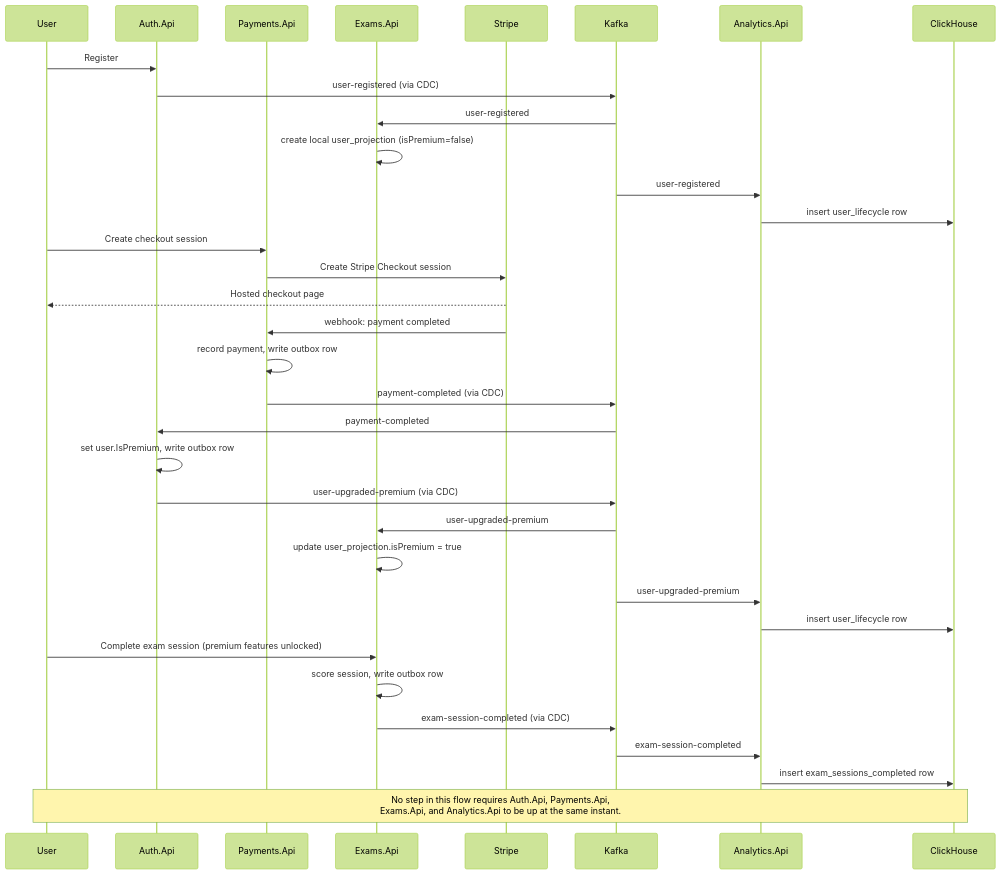
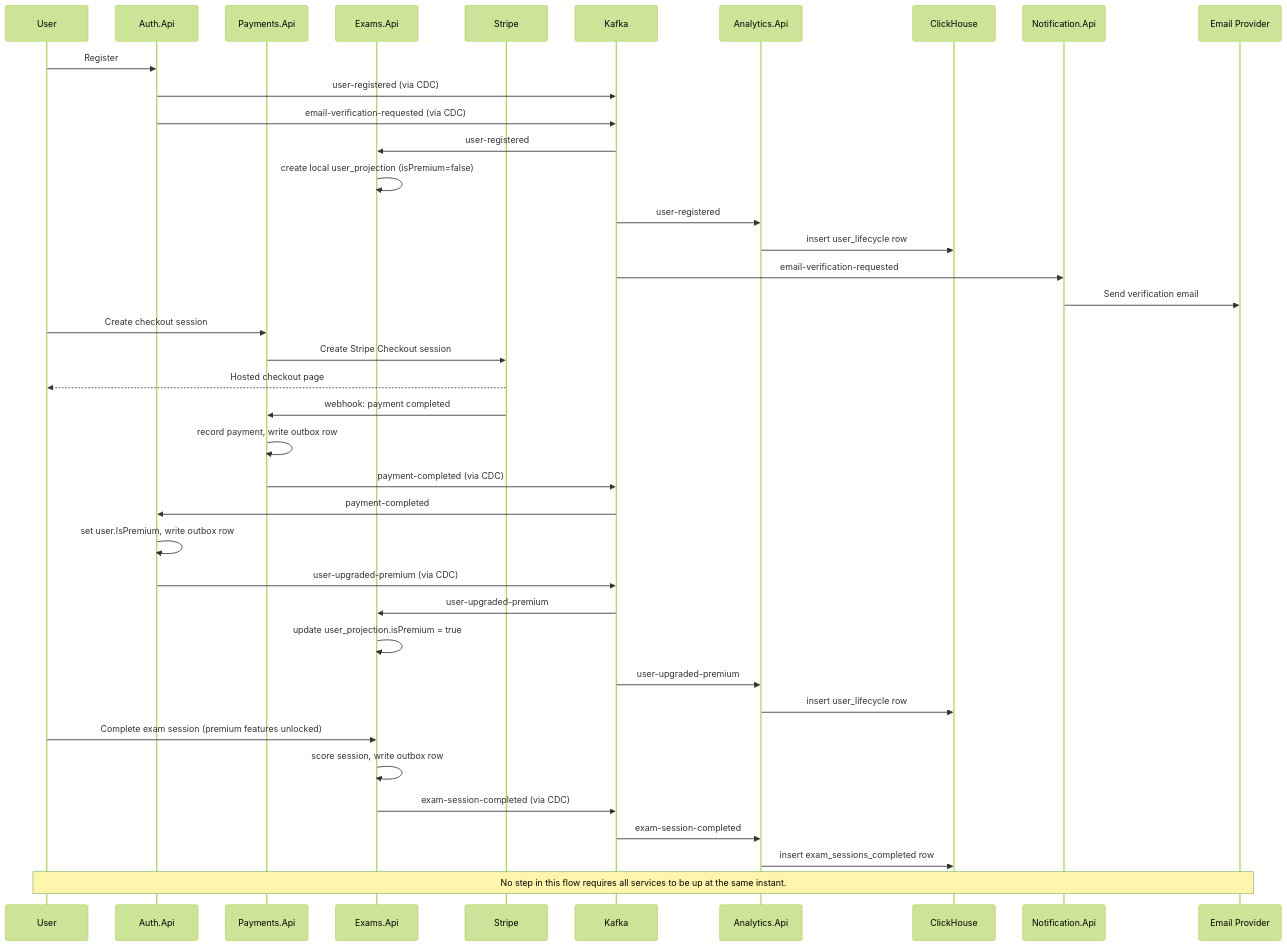
Before and after one commit to devMotcho/ExamPrep2: the seventh of 7 diagrams in docs/architecture/backend_architecture_planning.md, drawn with Mermaid (forest theme). The commit also changed other lines of this file and 1 other file, not shown here.

````diff
--- a/docs/architecture/backend_architecture_planning.md
+++ b/docs/architecture/backend_architecture_planning.md
@@ -280,40 +479,45 @@
 ```mermaid
 sequenceDiagram
     participant U as User
     participant Auth as Auth.Api
     participant Pay as Payments.Api
     participant Exams as Exams.Api
     participant Stripe
     participant K as Kafka
     participant An as Analytics.Api
     participant CH as ClickHouse
+    participant N as Notification.Api
+    participant Email as Email Provider
 
     U->>Auth: Register
     Auth->>K: user-registered (via CDC)
+    Auth->>K: email-verification-requested (via CDC)
     K->>Exams: user-registered
     Exams->>Exams: create local user_projection (isPremium=false)
     K->>An: user-registered
     An->>CH: insert user_lifecycle row
+    K->>N: email-verification-requested
+    N->>Email: Send verification email
 
     U->>Pay: Create checkout session
     Pay->>Stripe: Create Stripe Checkout session
     Stripe-->>U: Hosted checkout page
     Stripe->>Pay: webhook: payment completed
     Pay->>Pay: record payment, write outbox row
     Pay->>K: payment-completed (via CDC)
     K->>Auth: payment-completed
     Auth->>Auth: set user.IsPremium, write outbox row
     Auth->>K: user-upgraded-premium (via CDC)
     K->>Exams: user-upgraded-premium
     Exams->>Exams: update user_projection.isPremium = true
     K->>An: user-upgraded-premium
     An->>CH: insert user_lifecycle row
 
     U->>Exams: Complete exam session (premium features unlocked)
     Exams->>Exams: score session, write outbox row
     Exams->>K: exam-session-completed (via CDC)
     K->>An: exam-session-completed
     An->>CH: insert exam_sessions_completed row
 
-    Note over U,CH: No step in this flow requires Auth.Api, Payments.Api,<br/>Exams.Api, and Analytics.Api to be up at the same instant.
+    Note over U,Email: No step in this flow requires all services to be up at the same instant.
 ```
````
